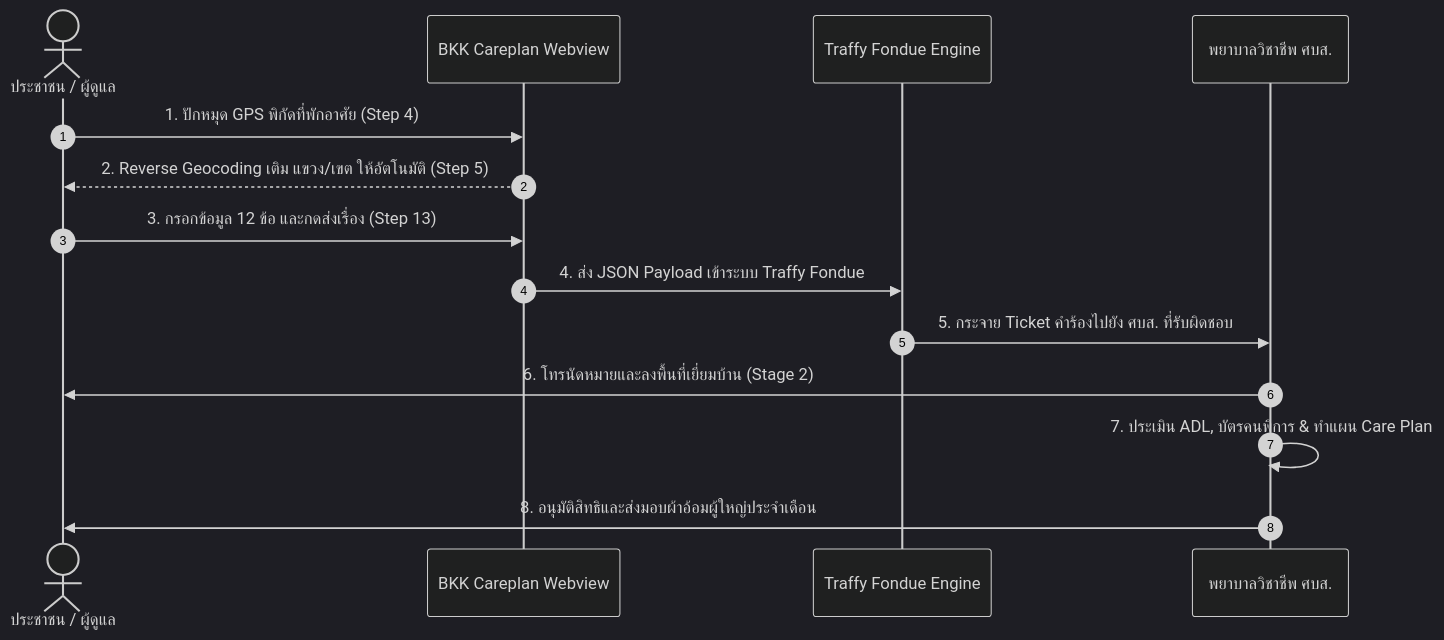
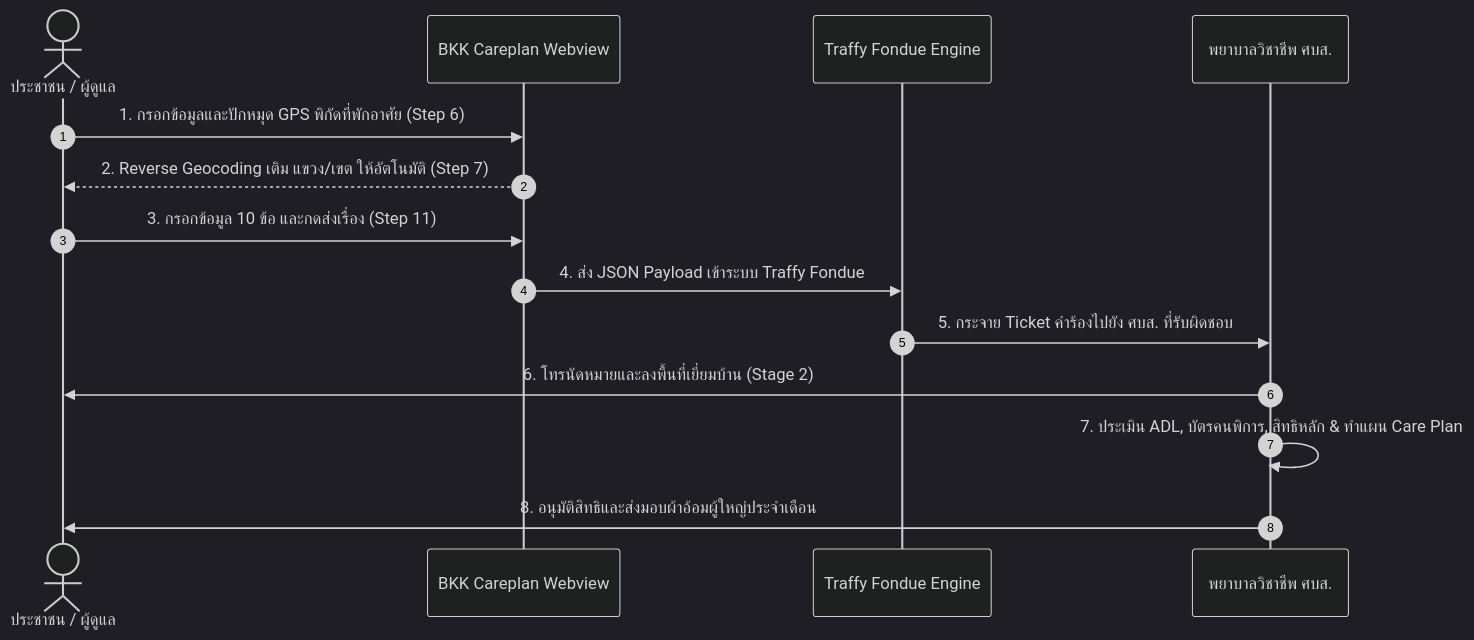
One commit to traffy-nectec/bkk-careplan changed the diagram in docs/context.md. Above: the diagram before and after it, drawn with Mermaid (dark theme). The commit also changed other lines of this file and 28 other files, not shown here.

````diff
--- a/docs/context.md
+++ b/docs/context.md
@@ -12,17 +12,17 @@
 ```mermaid
 sequenceDiagram
     autonumber
     actor User as ประชาชน / ผู้ดูแล
     participant Webview as BKK Careplan Webview
     participant API as Traffy Fondue Engine
     participant Staff as พยาบาลวิชาชีพ ศบส.
 
-    User->>Webview: 1. ปักหมุด GPS พิกัดที่พักอาศัย (Step 4)
-    Webview-->>User: 2. Reverse Geocoding เติม แขวง/เขต ให้อัตโนมัติ (Step 5)
-    User->>Webview: 3. กรอกข้อมูล 12 ข้อ และกดส่งเรื่อง (Step 13)
+    User->>Webview: 1. กรอกข้อมูลและปักหมุด GPS พิกัดที่พักอาศัย (Step 6)
+    Webview-->>User: 2. Reverse Geocoding เติม แขวง/เขต ให้อัตโนมัติ (Step 7)
+    User->>Webview: 3. กรอกข้อมูล 10 ข้อ และกดส่งเรื่อง (Step 11)
     Webview->>API: 4. ส่ง JSON Payload เข้าระบบ Traffy Fondue
     API->>Staff: 5. กระจาย Ticket คำร้องไปยัง ศบส. ที่รับผิดชอบ
     Staff->>User: 6. โทรนัดหมายและลงพื้นที่เยี่ยมบ้าน (Stage 2)
-    Staff->>Staff: 7. ประเมิน ADL, บัตรคนพิการ & ทำแผน Care Plan
+    Staff->>Staff: 7. ประเมิน ADL, บัตรคนพิการ, สิทธิหลัก & ทำแผน Care Plan
     Staff->>User: 8. อนุมัติสิทธิและส่งมอบผ้าอ้อมผู้ใหญ่ประจำเดือน
 ```
````
